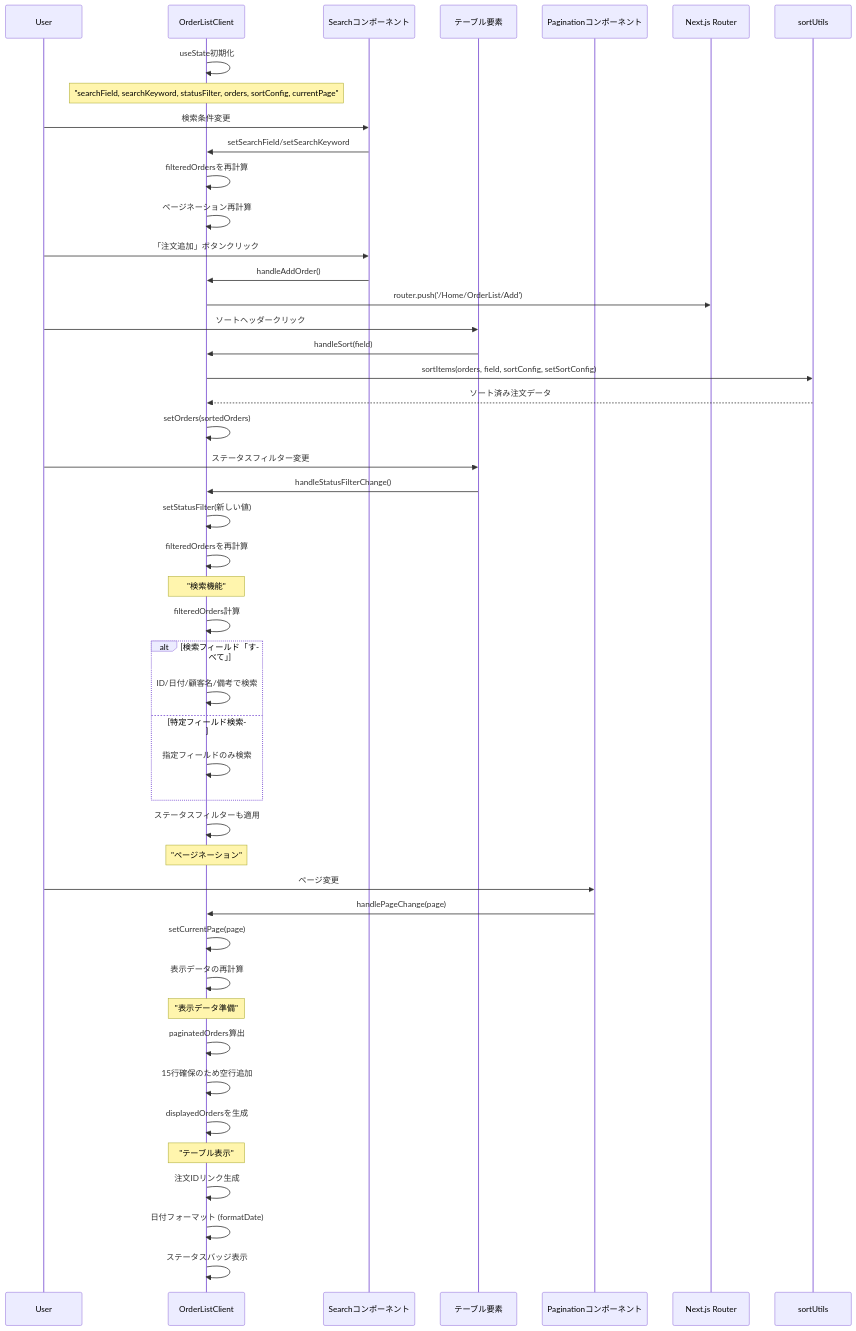
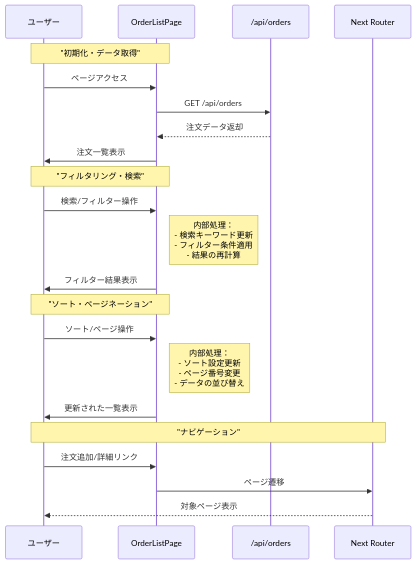
Before and after one commit to wasabi49/ocs-systemDevelopmentExercises: the diagram in document/components/sequence/OrderListClient.md, drawn with Mermaid. The commit also changed other lines of this file and 2 other files, not shown here.

````diff
--- a/document/components/sequence/OrderListClient.md
+++ b/document/components/sequence/OrderListClient.md
@@ -3,58 +8,28 @@
 ```mermaid
 sequenceDiagram
-    participant User
-    participant Component as OrderListClient
-    participant Search as Searchコンポーネント
-    participant Table as テーブル要素
-    participant Pagination as Paginationコンポーネント
-    participant Router as Next.js Router
-    participant SortUtils as sortUtils
+    participant User as ユーザー
+    participant Page as OrderListPage
+    participant API as /api/orders
+    participant Router as Next Router
 
-    Component->>Component: useState初期化
-    Note over Component: "searchField, searchKeyword, statusFilter, orders, sortConfig, currentPage"
+    Note over User, Page: "初期化・データ取得"
+    User->>Page: ページアクセス
+    Page->>API: GET /api/orders
+    API-->>Page: 注文データ返却
+    Page->>User: 注文一覧表示
 
-    User->>Search: 検索条件変更
-    Search->>Component: setSearchField/setSearchKeyword
-    Component->>Component: filteredOrdersを再計算
-    Component->>Component: ページネーション再計算
+    Note over User, Page: "フィルタリング・検索"
+    User->>Page: 検索/フィルター操作
+    Note right of Page: 内部処理：<br/>- 検索キーワード更新<br/>- フィルター条件適用<br/>- 結果の再計算
+    Page->>User: フィルター結果表示
 
-    User->>Search: 「注文追加」ボタンクリック
-    Search->>Component: handleAddOrder()
-    Component->>Router: router.push('/Home/OrderList/Add')
+    Note over User, Page: "ソート・ページネーション"
+    User->>Page: ソート/ページ操作
+    Note right of Page: 内部処理：<br/>- ソート設定更新<br/>- ページ番号変更<br/>- データの並び替え
+    Page->>User: 更新された一覧表示
 
-    User->>Table: ソートヘッダークリック
-    Table->>Component: handleSort(field)
-    Component->>SortUtils: sortItems(orders, field, sortConfig, setSortConfig)
-    SortUtils-->>Component: ソート済み注文データ
-    Component->>Component: setOrders(sortedOrders)
-
-    User->>Table: ステータスフィルター変更
-    Table->>Component: handleStatusFilterChange()
-    Component->>Component: setStatusFilter(新しい値)
-    Component->>Component: filteredOrdersを再計算
-
-    Note over Component: "検索機能"
-    Component->>Component: filteredOrders計算
-    alt 検索フィールド「すべて」
-        Component->>Component: ID/日付/顧客名/備考で検索
-    else 特定フィールド検索
-        Component->>Component: 指定フィールドのみ検索
-    end
-    Component->>Component: ステータスフィルターも適用
-
-    Note over Component: "ページネーション"
-    User->>Pagination: ページ変更
-    Pagination->>Component: handlePageChange(page)
-    Component->>Component: setCurrentPage(page)
-    Component->>Component: 表示データの再計算
-
-    Note over Component: "表示データ準備"
-    Component->>Component: paginatedOrders算出
-    Component->>Component: 15行確保のため空行追加
-    Component->>Component: displayedOrdersを生成
-
-    Note over Component: "テーブル表示"
-    Component->>Component: 注文IDリンク生成
-    Component->>Component: 日付フォーマット (formatDate)
-    Component->>Component: ステータスバッジ表示
+    Note over User, Router: "ナビゲーション"
+    User->>Page: 注文追加/詳細リンク
+    Page->>Router: ページ遷移
+    Router-->>User: 対象ページ表示
 ```
````
